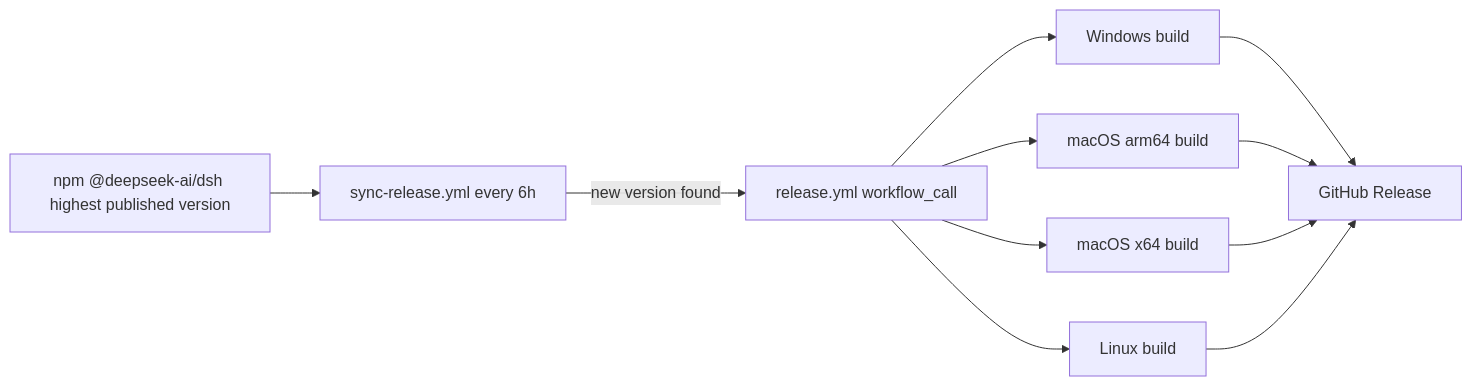
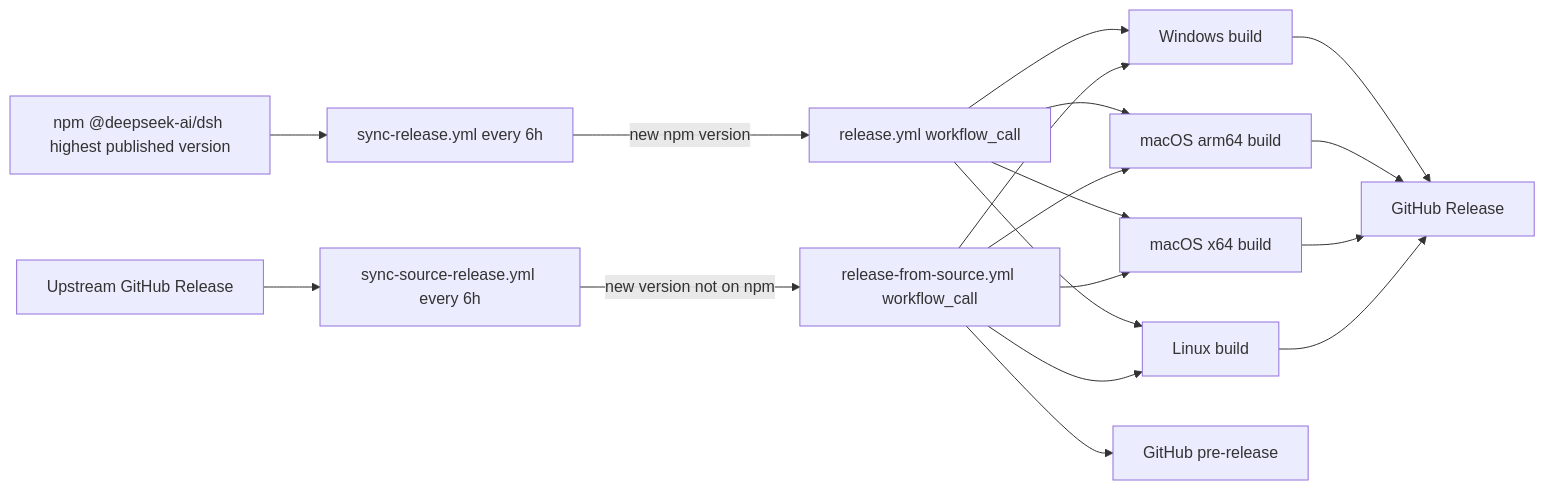
The diagram in README.md (ArtisanMinds/WanglabHarnessPakege), drawn with Mermaid before and after one commit. The commit also changed other lines of this file and 5 other files, not shown here.

Commit message:
feat: build GitHub-only releases from source

````diff
--- a/README.md
+++ b/README.md
@@ -136,13 +139,20 @@
 ```mermaid
 flowchart LR
     N[npm @deepseek-ai/dsh highest published version] --> S[sync-release.yml every 6h]
-    S -->|new version found| R[release.yml workflow_call]
+    S -->|new npm version| R[release.yml workflow_call]
+    GHR[Upstream GitHub Release] --> SS[sync-source-release.yml every 6h]
+    SS -->|new version not on npm| SR[release-from-source.yml workflow_call]
     R --> W[Windows build]
+    SR --> W
     R --> M[macOS arm64 build]
+    SR --> M
     R --> I[macOS x64 build]
+    SR --> I
     R --> L[Linux build]
+    SR --> L
     W --> G[GitHub Release]
     M --> G
     I --> G
     L --> G
+    SR --> PR[GitHub pre-release]
 ```
````
